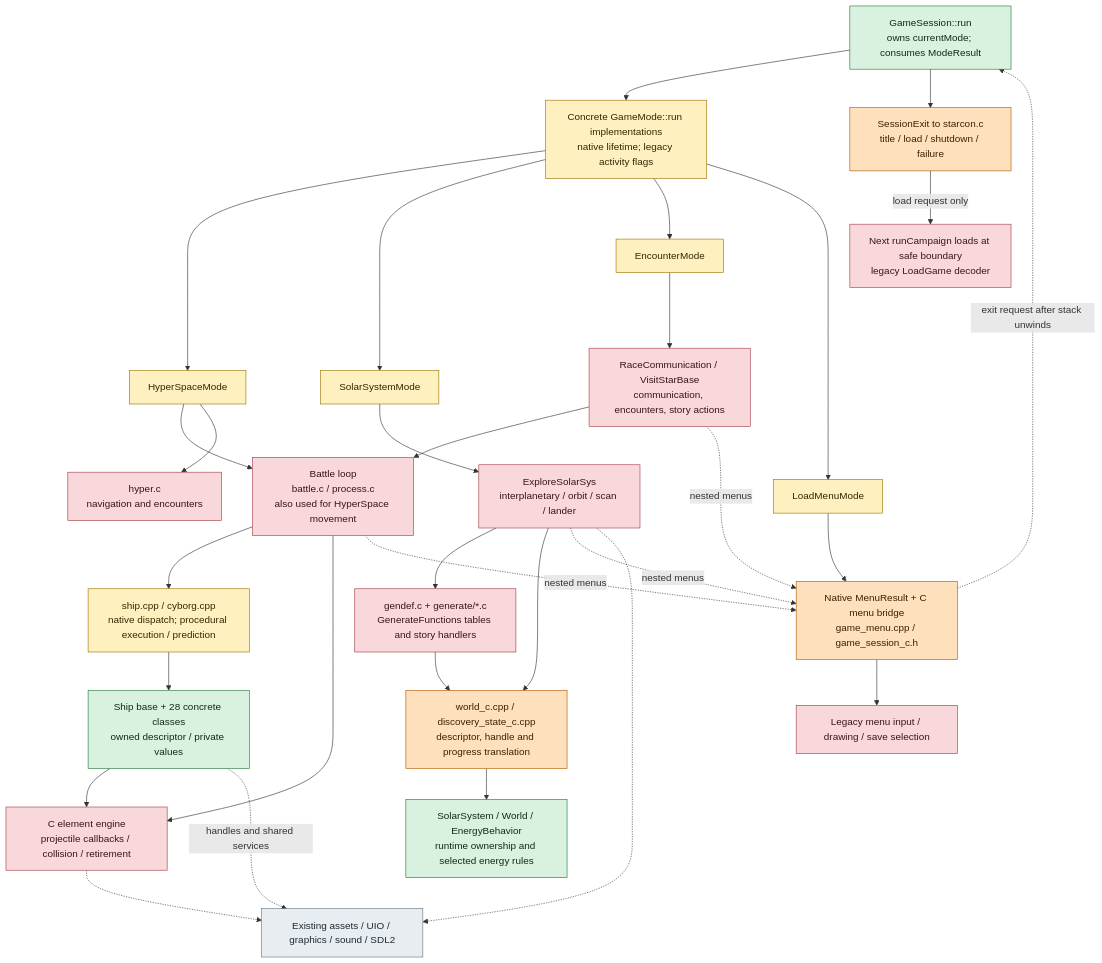
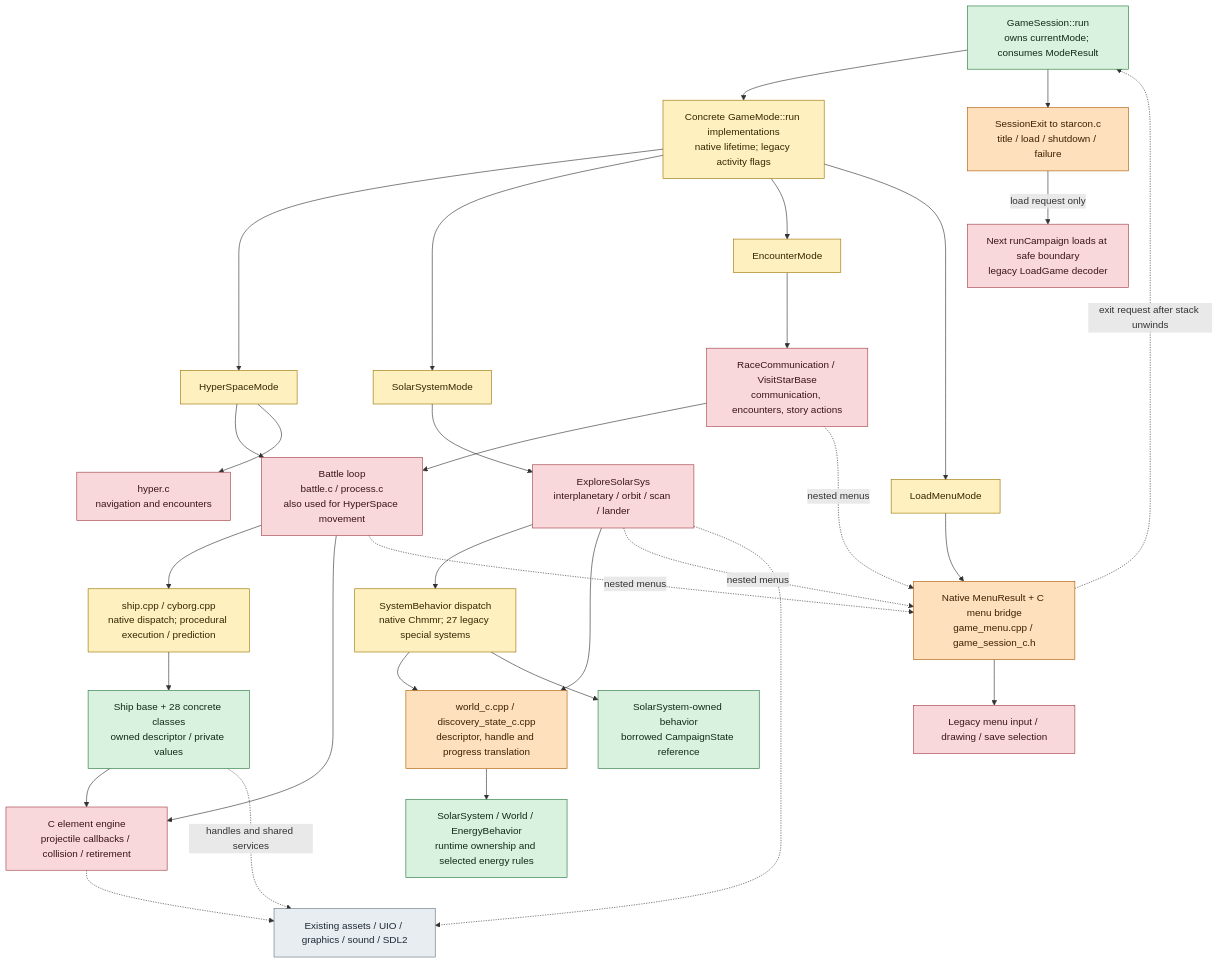
Before and after one commit to yost-jacob/uqm-cpp17: the first of 3 diagrams in docs/design/runtime-map.md, drawn with Mermaid. The commit also changed other lines of this file and 30 other files, not shown here.

Commit message:
Own system behaviors in exploration and migrate Chmmr story hooks

````diff
--- a/docs/design/runtime-map.md
+++ b/docs/design/runtime-map.md
@@ -20,45 +20,46 @@
 ```mermaid
 flowchart TD
     D["GameSession::run<br/>owns currentMode; consumes ModeResult"]:::native
     M["Concrete GameMode::run implementations<br/>native lifetime; legacy activity flags"]:::mixed
     D --> M
     M --> H["HyperSpaceMode"]:::mixed
     M --> S["SolarSystemMode"]:::mixed
     M --> E["EncounterMode"]:::mixed
     M --> O["LoadMenuMode"]:::mixed
 
     H --> B["Battle loop<br/>battle.c / process.c<br/>also used for HyperSpace movement"]:::legacy
     H --> HP["hyper.c<br/>navigation and encounters"]:::legacy
     S --> EX["ExploreSolarSys<br/>interplanetary / orbit / scan / lander"]:::legacy
     E --> EC["RaceCommunication / VisitStarBase<br/>communication, encounters, story actions"]:::legacy
     EC --> B
 
     B --> SE["ship.cpp / cyborg.cpp<br/>native dispatch; procedural execution / prediction"]:::mixed
     SE --> SH["Ship base + 28 concrete classes<br/>owned descriptor / private values"]:::native
     SH --> EL["C element engine<br/>projectile callbacks / collision / retirement"]:::legacy
     B --> EL
 
-    EX --> GEN["gendef.c + generate/*.c<br/>GenerateFunctions tables and story handlers"]:::legacy
+    EX --> GEN["SystemBehavior dispatch<br/>native Chmmr; 27 legacy special systems"]:::mixed
     EX --> WA["world_c.cpp / discovery_state_c.cpp<br/>descriptor, handle and progress translation"]:::adapter
     GEN --> WA
+    GEN --> SB["SolarSystem-owned behavior<br/>borrowed CampaignState reference"]:::native
     WA --> WO["SolarSystem / World / EnergyBehavior<br/>runtime ownership and selected energy rules"]:::native
 
     O --> MN["Native MenuResult + C menu bridge<br/>game_menu.cpp / game_session_c.h"]:::adapter
     B -. nested menus .-> MN
     EX -. nested menus .-> MN
     EC -. nested menus .-> MN
     MN --> UI["Legacy menu input / drawing / save selection"]:::legacy
     MN -. exit request after stack unwinds .-> D
     D --> EXIT["SessionExit to starcon.c<br/>title / load / shutdown / failure"]:::adapter
     EXIT -->|load request only| LOAD["Next runCampaign loads at safe boundary<br/>legacy LoadGame decoder"]:::legacy
 
     SH -. handles and shared services .-> RES["Existing assets / UIO / graphics / sound / SDL2"]:::foundation
     EL -.-> RES
     EX -.-> RES
 
     classDef native fill:#d9f2df,stroke:#27783d,color:#102a17;
     classDef mixed fill:#fff1bf,stroke:#9a7400,color:#342700;
     classDef adapter fill:#ffe0bd,stroke:#af5c00,color:#3c2100;
     classDef legacy fill:#f8d8da,stroke:#a43f48,color:#3b1419;
     classDef foundation fill:#e8edf2,stroke:#667582,color:#1e2933;
 ```
````
